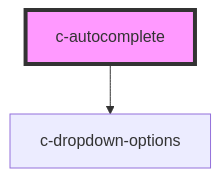
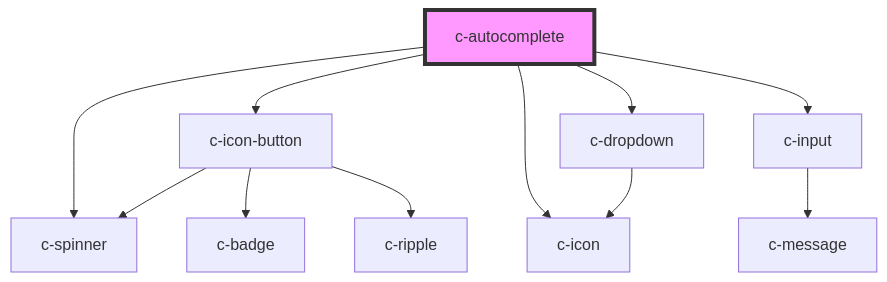
Before and after one commit to CSCfi/ui: the diagram in packages/csc-ui/src/components/c-autocomplete/readme.md, drawn with Mermaid. The commit also changed other lines of this file and 67 other files, not shown here.

````diff
--- a/packages/csc-ui/src/components/c-autocomplete/readme.md
+++ b/packages/csc-ui/src/components/c-autocomplete/readme.md
@@ -121,5 +77,14 @@
 ```mermaid
 graph TD;
-  c-autocomplete --> c-dropdown-options
+  c-autocomplete --> c-spinner
+  c-autocomplete --> c-icon-button
+  c-autocomplete --> c-icon
+  c-autocomplete --> c-dropdown
+  c-autocomplete --> c-input
+  c-icon-button --> c-badge
+  c-icon-button --> c-spinner
+  c-icon-button --> c-ripple
+  c-dropdown --> c-icon
+  c-input --> c-message
   style c-autocomplete fill:#f9f,stroke:#333,stroke-width:4px
 ```
````
